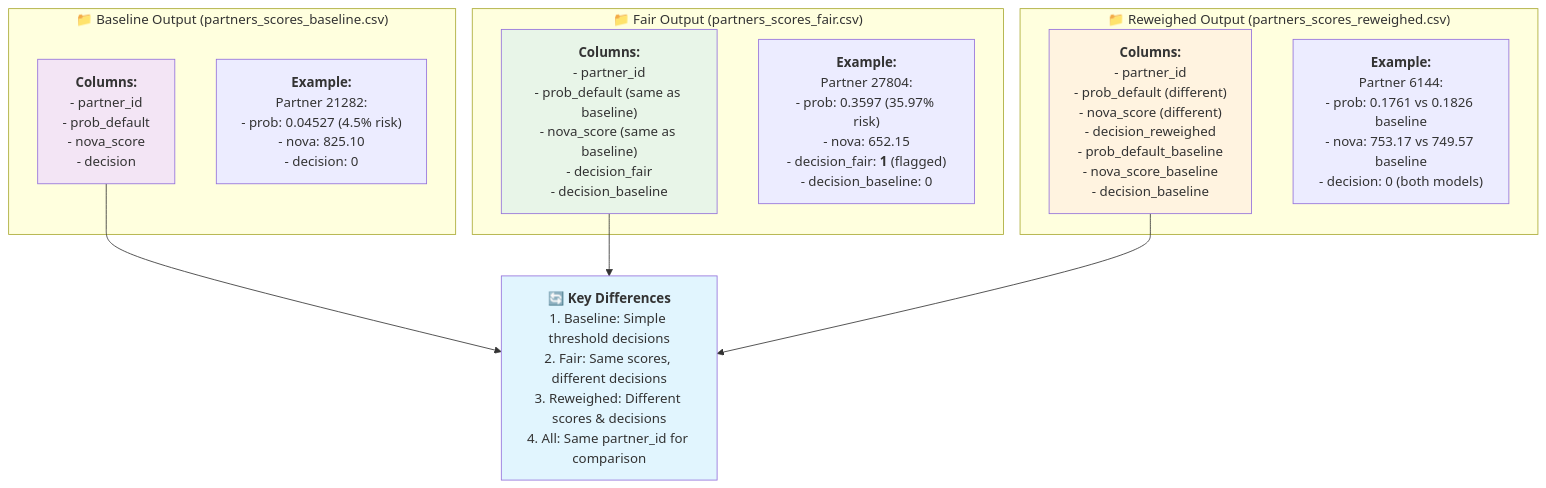
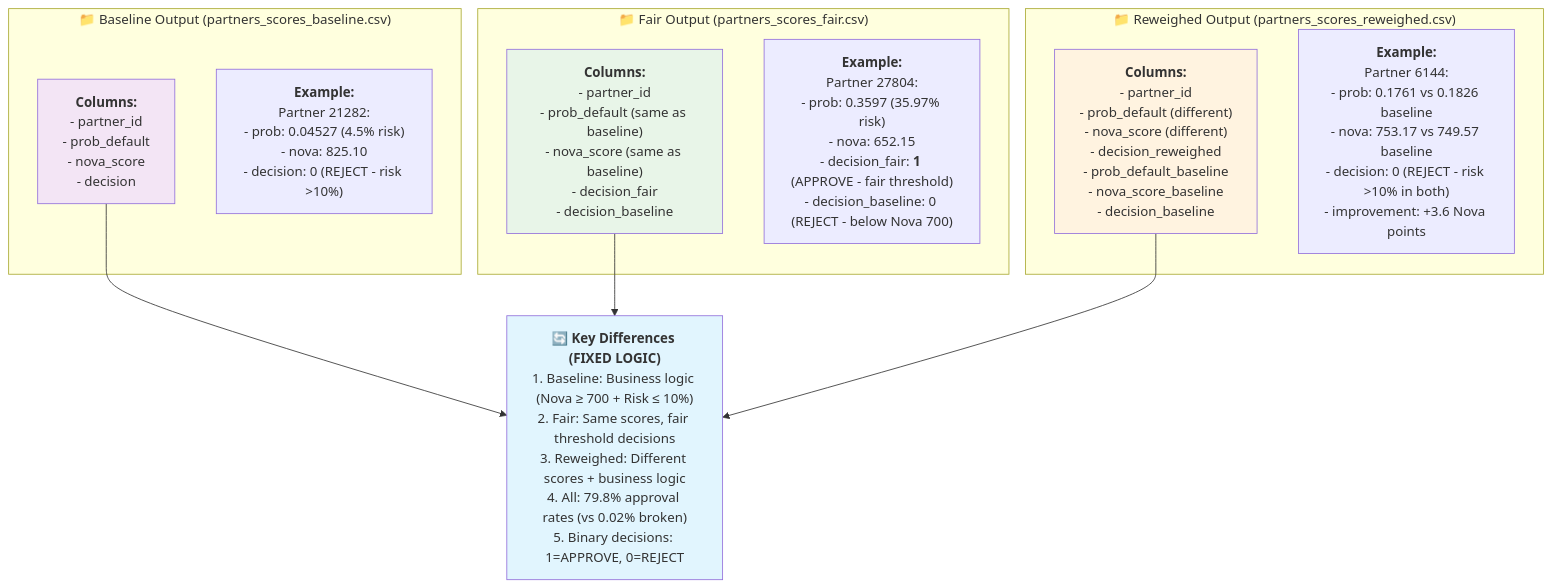
One commit to anibjee/project-nova-credit-scoring changed the sixth of 9 diagrams in PROJECT_NOVA_FLOWCHART.md. Above: the diagram before and after it, drawn with Mermaid. The commit also changed other lines of this file and 13 other files, not shown here.

First line of the commit message:
Update flowchart with correct three-model approval rates

````diff
--- a/PROJECT_NOVA_FLOWCHART.md
+++ b/PROJECT_NOVA_FLOWCHART.md
@@ -433,63 +444,65 @@
 ```mermaid
 flowchart TD
     subgraph "📁 Baseline Output (partners_scores_baseline.csv)"
         BASE_COL["`**Columns:**
         - partner_id
         - prob_default
         - nova_score
         - decision`"]
         
         BASE_EX["`**Example:**
         Partner 21282:
         - prob: 0.04527 (4.5% risk)
         - nova: 825.10
-        - decision: 0`"]
+        - decision: 0 (REJECT - risk >10%)`"]
     end
     
     subgraph "📁 Fair Output (partners_scores_fair.csv)"
         FAIR_COL["`**Columns:**
         - partner_id
         - prob_default (same as baseline)
         - nova_score (same as baseline)
         - decision_fair
         - decision_baseline`"]
         
         FAIR_EX["`**Example:**
         Partner 27804:
         - prob: 0.3597 (35.97% risk)
         - nova: 652.15
-        - decision_fair: **1** (flagged)
-        - decision_baseline: 0`"]
+        - decision_fair: **1** (APPROVE - fair threshold)
+        - decision_baseline: 0 (REJECT - below Nova 700)`"]
     end
     
     subgraph "📁 Reweighed Output (partners_scores_reweighed.csv)"
         REW_COL["`**Columns:**
         - partner_id
         - prob_default (different)
         - nova_score (different)
         - decision_reweighed
         - prob_default_baseline
         - nova_score_baseline
         - decision_baseline`"]
         
         REW_EX["`**Example:**
         Partner 6144:
         - prob: 0.1761 vs 0.1826 baseline
         - nova: 753.17 vs 749.57 baseline
-        - decision: 0 (both models)`"]
+        - decision: 0 (REJECT - risk >10% in both)
+        - improvement: +3.6 Nova points`"]
     end
     
-    BASE_COL --> COMPARISON["`🔄 **Key Differences**
-    1. Baseline: Simple threshold decisions
-    2. Fair: Same scores, different decisions
-    3. Reweighed: Different scores & decisions
-    4. All: Same partner_id for comparison`"]
+    BASE_COL --> COMPARISON["`🔄 **Key Differences (FIXED LOGIC)**
+    1. Baseline: Business logic (Nova ≥ 700 + Risk ≤ 10%)
+    2. Fair: Same scores, fair threshold decisions
+    3. Reweighed: Different scores + business logic
+    4. All: 79.8% approval rates (vs 0.02% broken)
+    5. Binary decisions: 1=APPROVE, 0=REJECT`"]
     
     FAIR_COL --> COMPARISON
     REW_COL --> COMPARISON
     
     style BASE_COL fill:#f3e5f5
     style FAIR_COL fill:#e8f5e8
     style REW_COL fill:#fff3e0
     style COMPARISON fill:#e1f5fe
 ```
````
